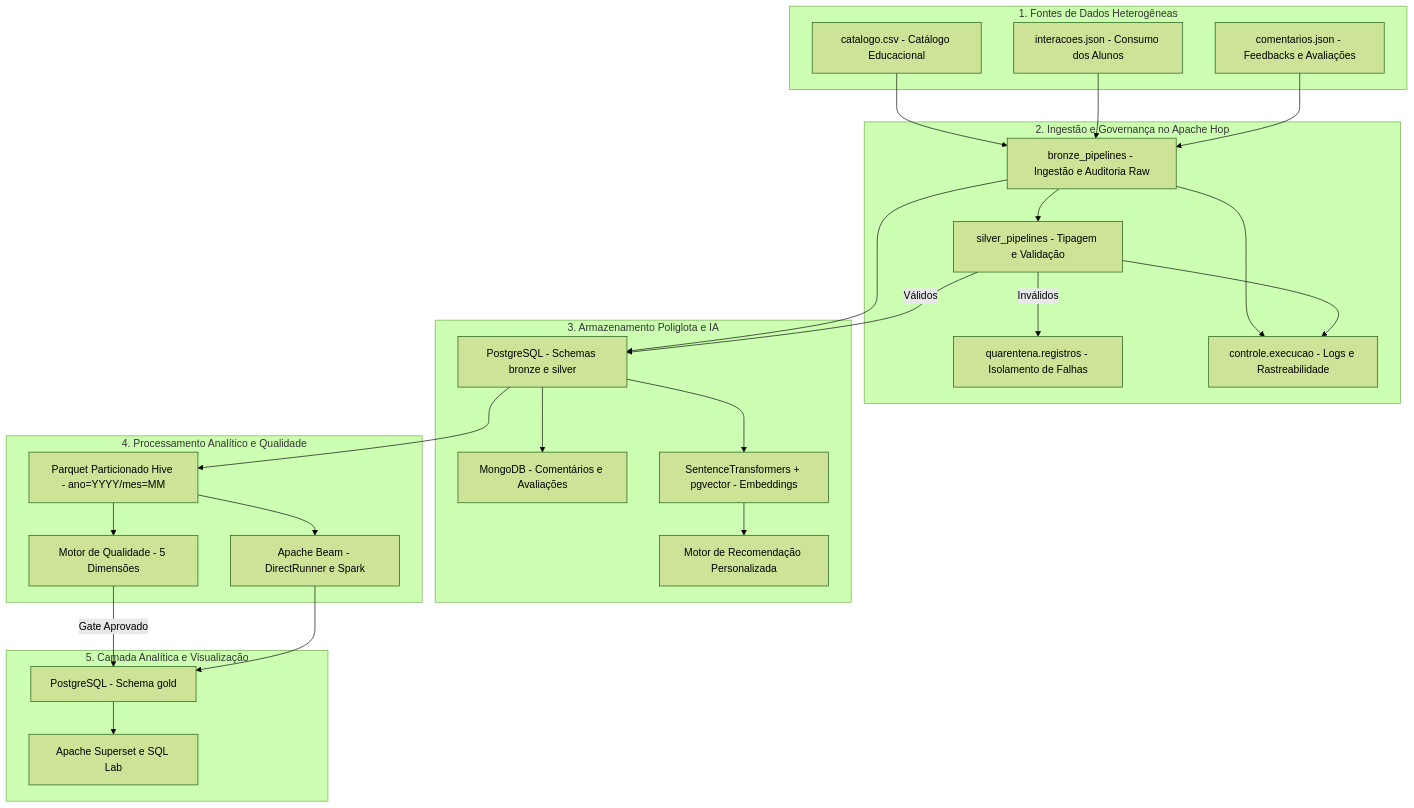
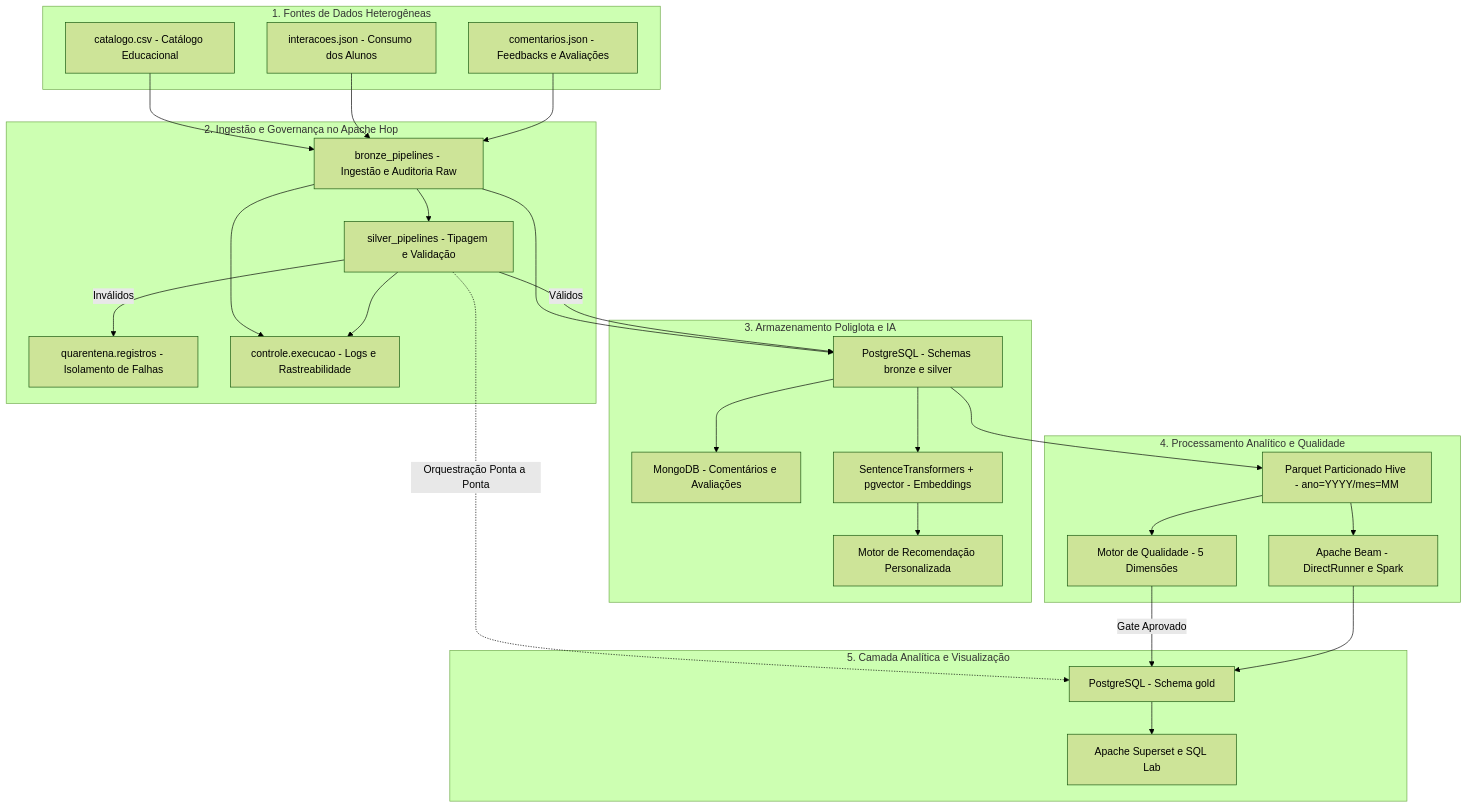
Before and after one commit to Gabriel-M-Branco/desafio-04-Fundamentos-de-Dados-para-IA: the diagram in README.md, drawn with Mermaid (forest theme). The commit also changed other lines of this file and 43 other files, not shown here.

````diff
--- a/README.md
+++ b/README.md
@@ -28,54 +28,55 @@
 ```mermaid
 flowchart TD
     subgraph Fontes["1. Fontes de Dados Heterogêneas"]
         F1["catalogo.csv - Catálogo Educacional"]
         F2["interacoes.json - Consumo dos Alunos"]
         F3["comentarios.json - Feedbacks e Avaliações"]
     end
 
     subgraph Hop["2. Ingestão e Governança no Apache Hop"]
         H1["bronze_pipelines - Ingestão e Auditoria Raw"]
         H2["silver_pipelines - Tipagem e Validação"]
         H3["quarentena.registros - Isolamento de Falhas"]
         H4["controle.execucao - Logs e Rastreabilidade"]
     end
 
     subgraph Armazenamento["3. Armazenamento Poliglota e IA"]
         PG_RAW["PostgreSQL - Schemas bronze e silver"]
         MG["MongoDB - Comentários e Avaliações"]
         EMB["SentenceTransformers + pgvector - Embeddings"]
         REC["Motor de Recomendação Personalizada"]
     end
 
     subgraph Processamento["4. Processamento Analítico e Qualidade"]
         PQ["Parquet Particionado Hive - ano=YYYY/mes=MM"]
         QUAL["Motor de Qualidade - 5 Dimensões"]
         BEAM["Apache Beam - DirectRunner e Spark"]
     end
 
     subgraph Consumo["5. Camada Analítica e Visualização"]
         GOLD["PostgreSQL - Schema gold"]
         SUPERSET["Apache Superset e SQL Lab"]
     end
 
     F1 --> H1
     F2 --> H1
     F3 --> H1
     H1 --> PG_RAW
     H1 --> H2
     H2 -- "Válidos" --> PG_RAW
     H2 -- "Inválidos" --> H3
     H1 --> H4
     H2 --> H4
+    H2 -. "Orquestração Ponta a Ponta" .-> GOLD
 
     PG_RAW --> MG
     PG_RAW --> EMB
     EMB --> REC
 
     PG_RAW --> PQ
     PQ --> BEAM
     PQ --> QUAL
     QUAL -- "Gate Aprovado" --> GOLD
     BEAM --> GOLD
     GOLD --> SUPERSET
 ```
````
